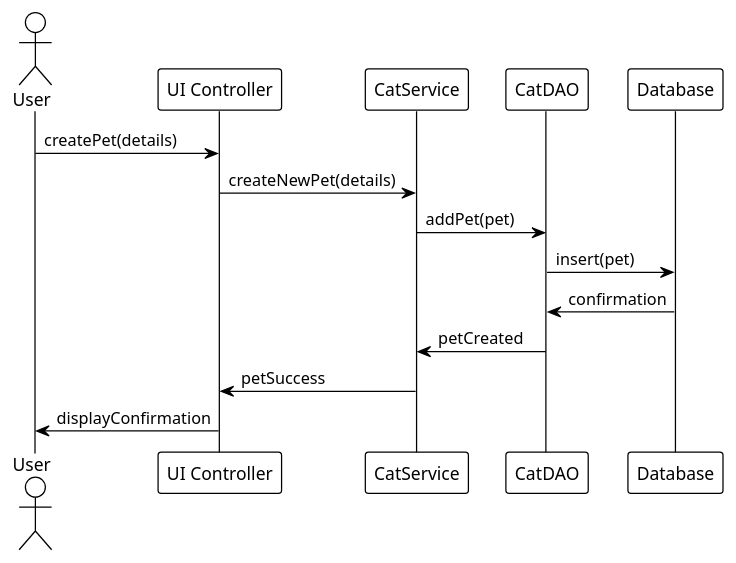
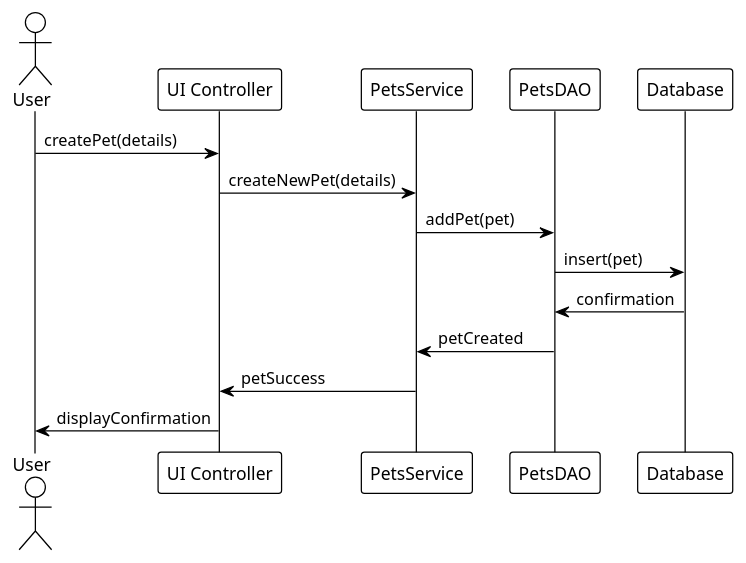
The diagram in src/main/resources/Diagrams/SequenceDiagram.puml (Emilkroldrup/Springkatte), drawn with PlantUML before and after one commit.

Commit message:
SekvensDiagramOpdateret

```diff
--- a/src/main/resources/Diagrams/SequenceDiagram.puml
+++ b/src/main/resources/Diagrams/SequenceDiagram.puml
@@ -1,19 +1,19 @@
 @startuml
 !theme plain
 
 actor User
 participant "UI Controller" as UI
-participant "CatService" as Service
-participant "CatDAO" as DAO
+participant "PetsService" as Service
+participant "PetsDAO" as DAO
 participant "Database" as DB
 
 User -> UI : createPet(details)
 UI -> Service : createNewPet(details)
 Service -> DAO : addPet(pet)
 DAO -> DB : insert(pet)
 DB -> DAO : confirmation
 DAO -> Service : petCreated
 Service -> UI : petSuccess
 UI -> User : displayConfirmation
 
 @enduml
```
